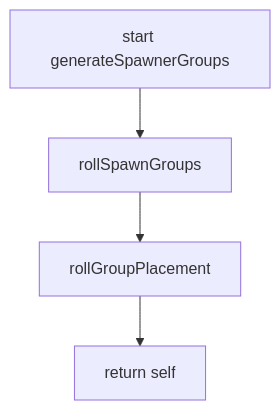
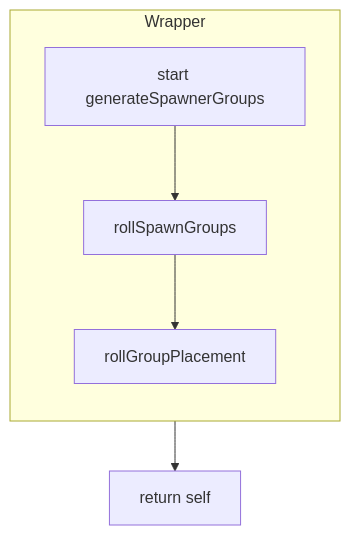
Before and after one commit to Gh0st352/AETHR: the first of 5 diagrams in docs/spawner/auxiliary.md, drawn with Mermaid. The commit also changed other lines of this file and 9 other files, not shown here.

First line of the commit message:
docs(spawner, mermaid): restructure diagrams and clarify headings

````diff
--- a/docs/spawner/auxiliary.md
+++ b/docs/spawner/auxiliary.md
@@ -17,6 +17,13 @@
 ```mermaid
+%% shared theme: docs/_mermaid/theme.json %%
 flowchart TB
-  G0[start generateSpawnerGroups] --> G1[rollSpawnGroups]
-  G1 --> G2[rollGroupPlacement]
+  subgraph "Wrapper"
+    direction TB
+    G0[start generateSpawnerGroups] --> G1[rollSpawnGroups]
+    G1 --> G2[rollGroupPlacement]
+  end
   G2 --> OUT[return self]
+  class G0 class_io;
+  class G1,G2 class_step;
+  class OUT class_result;
 ```
````
